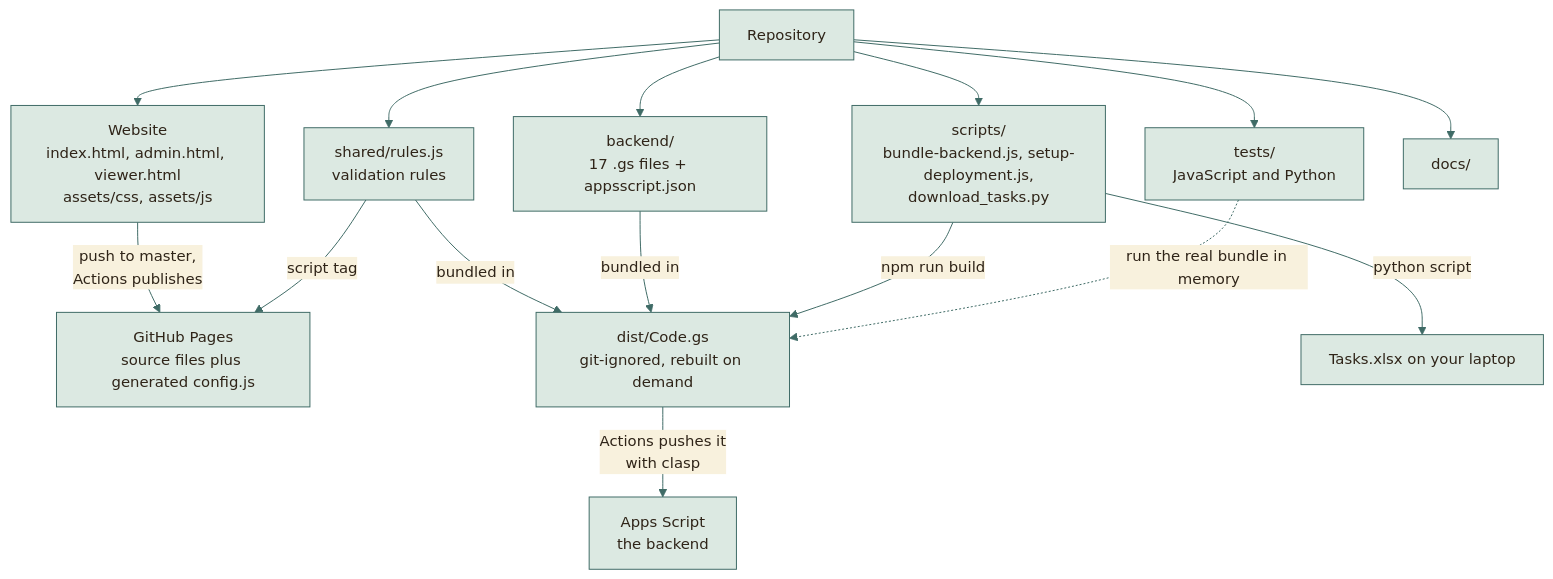
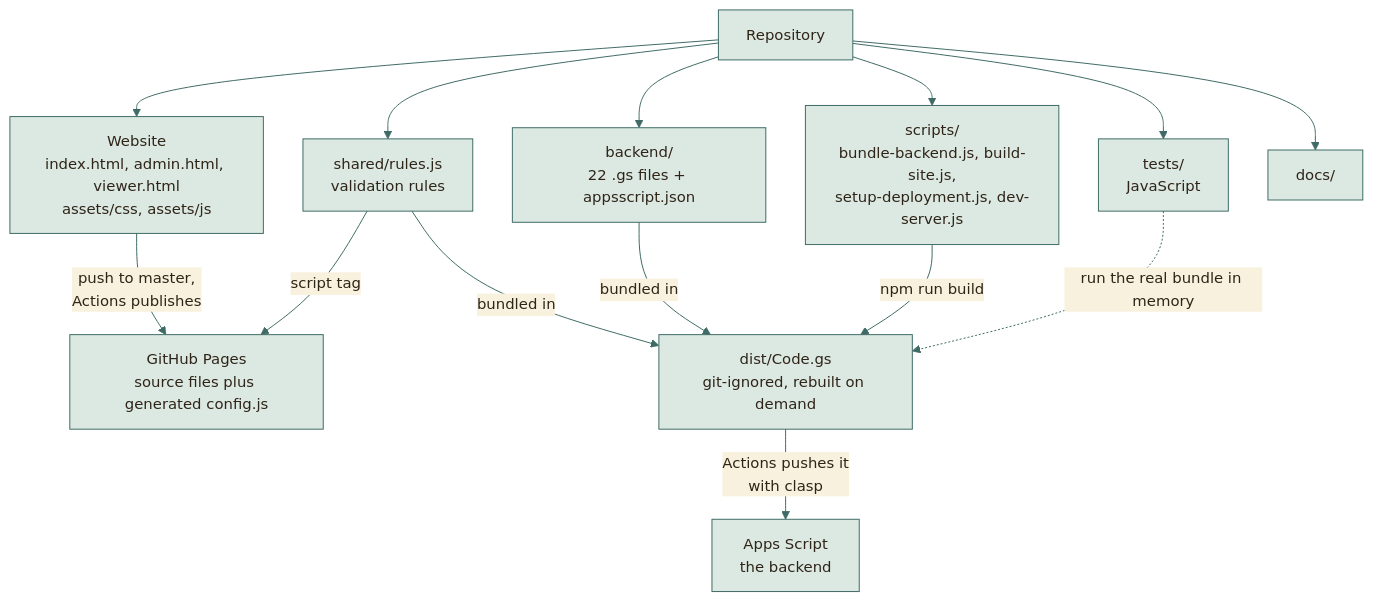
The first of 3 diagrams in docs/MODULES.md (moyeh04/forms-platform), drawn with Mermaid before and after one commit. The commit also changed other lines of this file and 7 other files, not shown here.

````diff
--- a/docs/MODULES.md
+++ b/docs/MODULES.md
@@ -7,47 +7,46 @@
 ```mermaid
 %%{init: {
   'theme': 'base',
   'themeVariables': {
     'fontFamily': 'ui-sans-serif, system-ui, -apple-system, Segoe UI, Roboto, sans-serif',
     'fontSize': '15px',
     'primaryColor': '#DCE9E2', 'primaryBorderColor': '#3F6B66', 'primaryTextColor': '#2F2418',
     'secondaryColor': '#F0E4C8', 'secondaryBorderColor': '#C9A24A', 'secondaryTextColor': '#2F2418',
     'tertiaryColor': '#F6EFDC', 'tertiaryBorderColor': '#CDBB94', 'tertiaryTextColor': '#2F2418',
     'lineColor': '#3F6B66', 'textColor': '#2F2418', 'mainBkg': '#DCE9E2', 'nodeBorder': '#3F6B66',
     'clusterBkg': '#F6EFDC', 'clusterBorder': '#CDBB94', 'titleColor': '#2F2418',
     'edgeLabelBackground': '#F8F1DD',
     'actorBkg': '#DCE9E2', 'actorBorder': '#3F6B66', 'actorTextColor': '#2F2418', 'actorLineColor': '#8FB3AB',
     'signalColor': '#477A73', 'signalTextColor': '#477A73',
     'labelBoxBkgColor': '#F0E4C8', 'labelBoxBorderColor': '#C9A24A', 'labelTextColor': '#2F2418', 'loopTextColor': '#6A5A44',
     'noteBkgColor': '#FBEFC9', 'noteBorderColor': '#C9A24A', 'noteTextColor': '#2F2418',
     'activationBkgColor': '#DCE9E2', 'activationBorderColor': '#3F6B66', 'sequenceNumberColor': '#F8F1DD',
     'transitionColor': '#3F6B66', 'stateLabelColor': '#2F2418', 'stateBkg': '#DCE9E2', 'altBackground': '#F6EFDC',
     'attributeBackgroundColorOdd': '#F8F1DD', 'attributeBackgroundColorEven': '#F0E4C8'
   },
   'flowchart': {'curve': 'basis', 'padding': 14, 'nodeSpacing': 40, 'rankSpacing': 46},
   'sequence': {'mirrorActors': false, 'messageMargin': 34, 'boxMargin': 8}
 }}%%
 flowchart TD
     repo["Repository"]
     repo --> web["Website<br/>index.html, admin.html, viewer.html<br/>assets/css, assets/js"]
     repo --> shared["shared/rules.js<br/>validation rules"]
-    repo --> be["backend/<br/>17 .gs files + appsscript.json"]
-    repo --> sc["scripts/<br/>bundle-backend.js, setup-deployment.js,<br/>download_tasks.py"]
-    repo --> ts["tests/<br/>JavaScript and Python"]
+    repo --> be["backend/<br/>22 .gs files + appsscript.json"]
+    repo --> sc["scripts/<br/>bundle-backend.js, build-site.js,<br/>setup-deployment.js, dev-server.js"]
+    repo --> ts["tests/<br/>JavaScript"]
     repo --> dc["docs/"]
 
     web -- "push to master,<br/>Actions publishes" --> gh["GitHub Pages<br/>source files plus generated config.js"]
     shared -- "script tag" --> gh
     shared -- "bundled in" --> dist["dist/Code.gs<br/>git-ignored, rebuilt on demand"]
     be -- "bundled in" --> dist
     sc -- "npm run build" --> dist
     dist -- "Actions pushes it<br/>with clasp" --> gas["Apps Script<br/>the backend"]
-    sc -- "python script" --> xl["Tasks.xlsx on your laptop"]
     ts -. "run the real bundle in memory" .-> dist
     classDef cDb fill:#F3E2B3,stroke:#B8892D,stroke-width:1.5px,color:#2F2418
     classDef cActor fill:#F4D9D3,stroke:#9A3328,stroke-width:1.5px,color:#2F2418
     classDef cDec fill:#FBEFC9,stroke:#C9A24A,stroke-width:1.5px,color:#2F2418
     classDef cEnd fill:#2F2418,stroke:#2F2418,color:#F8F1DD
     classDef cErr fill:#F6D5CF,stroke:#A12B1F,stroke-width:1.5px,color:#5A140C
     classDef cOk fill:#BFD9CF,stroke:#2E5A55,stroke-width:1.5px,color:#17302D
 ```
````
